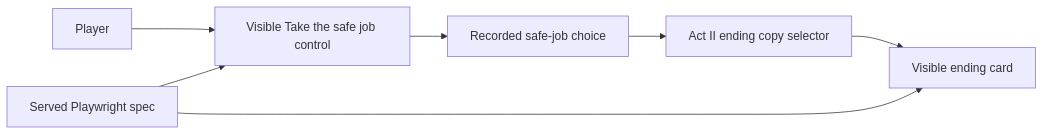
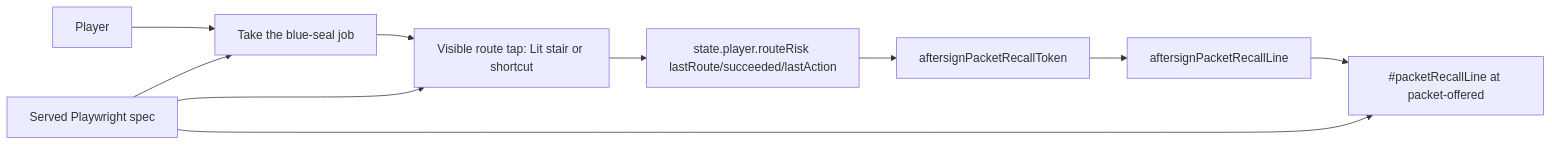
The first of 2 diagrams in docs/design/2846-safe-route-trust.md (phynars/oodim-game), drawn with Mermaid before and after one commit. The commit also changed other lines of this file and 1 other file, not shown here.

````diff
--- a/docs/design/2846-safe-route-trust.md
+++ b/docs/design/2846-safe-route-trust.md
@@ -9,9 +9,12 @@
 ```mermaid
 flowchart LR
-  P[Player] --> J[Visible Take the safe job control]
-  J --> F[Recorded safe-job choice]
-  F --> E[Act II ending copy selector]
-  E --> C[Visible ending card]
+  P[Player] --> J[Take the blue-seal job]
+  J --> R[Visible route tap: Lit stair or shortcut]
+  R --> F[state.player.routeRisk lastRoute/succeeded/lastAction]
+  F --> K[aftersignPacketRecallToken]
+  K --> L[aftersignPacketRecallLine]
+  L --> C["#packetRecallLine at packet-offered"]
   T[Served Playwright spec] --> J
+  T --> R
   T --> C
 ```
````
